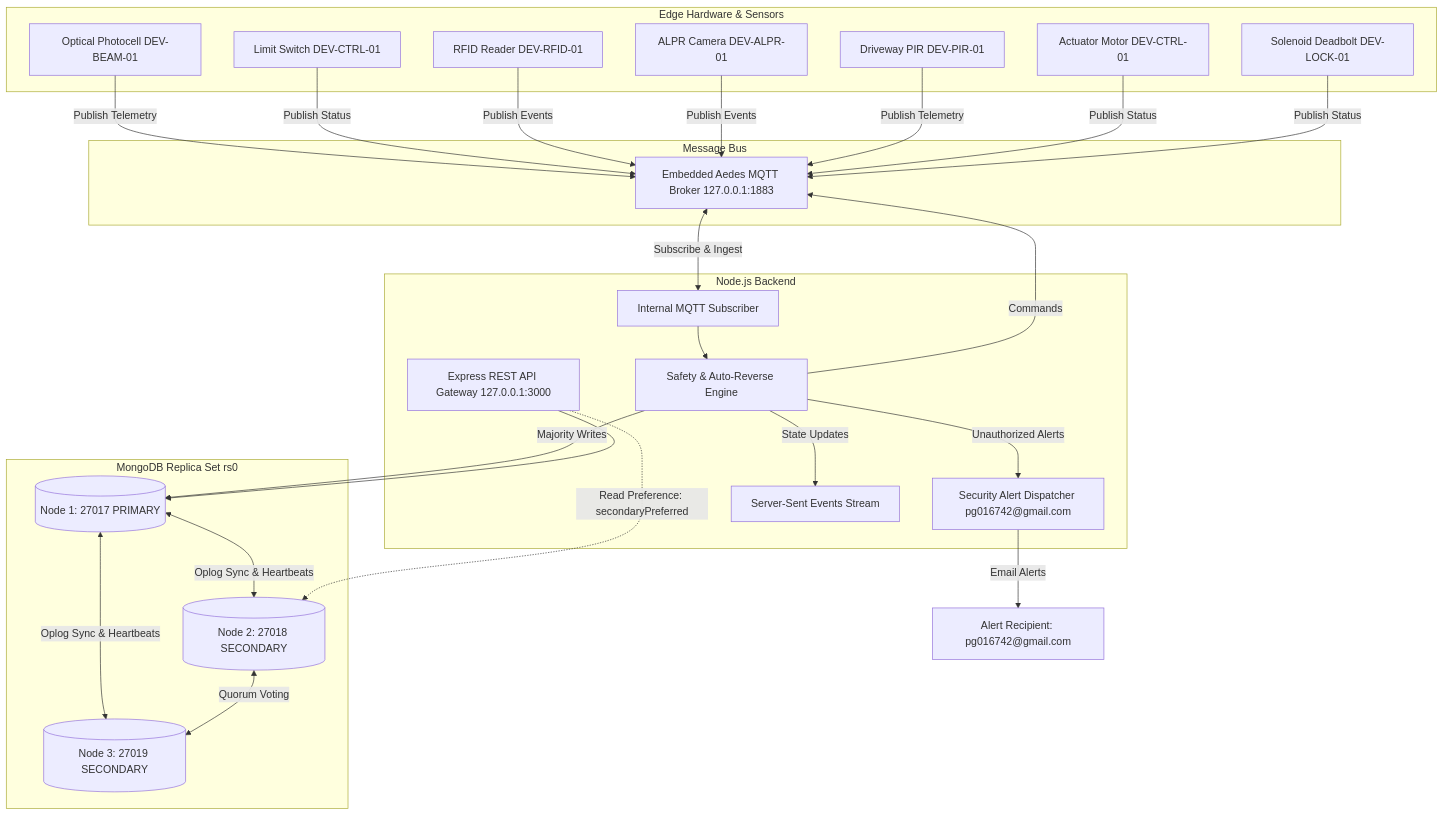
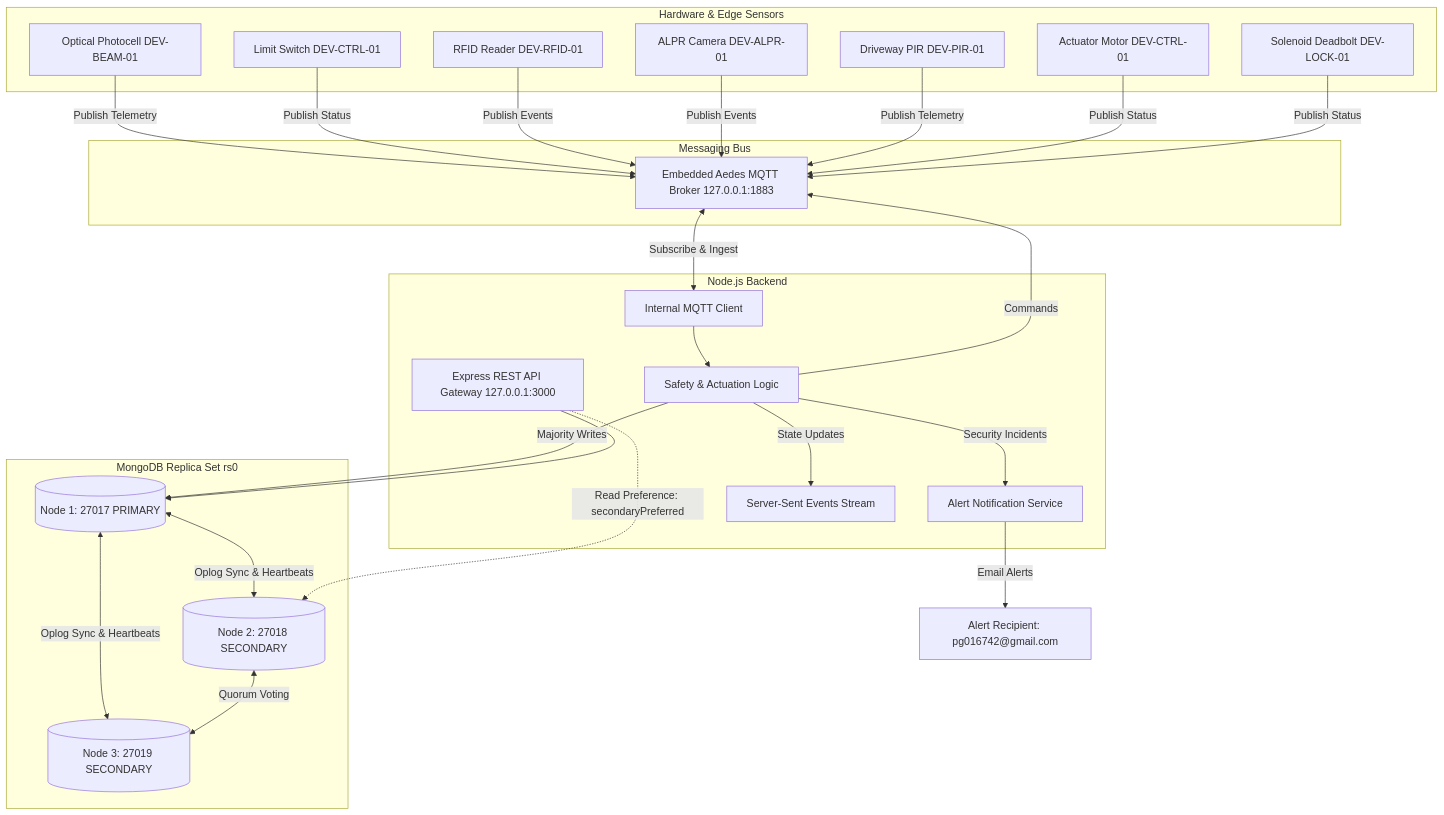
Before and after one commit to pramodgiri2468/modern_data_store: the first of 2 diagrams in README.md, drawn with Mermaid. The commit also changed other lines of this file and 31 other files, not shown here.

````diff
--- a/README.md
+++ b/README.md
@@ -54,52 +55,52 @@
 ```mermaid
 graph TD
-    subgraph Edge Hardware & Sensors
+    subgraph Hardware & Edge Sensors
         PHOTO[Optical Photocell DEV-BEAM-01]
         LIMIT[Limit Switch DEV-CTRL-01]
         RFID[RFID Reader DEV-RFID-01]
         ALPR[ALPR Camera DEV-ALPR-01]
         PIR[Driveway PIR DEV-PIR-01]
         MOTOR[Actuator Motor DEV-CTRL-01]
         LOCK[Solenoid Deadbolt DEV-LOCK-01]
     end
 
-    subgraph Message Bus
+    subgraph Messaging Bus
         Broker[Embedded Aedes MQTT Broker 127.0.0.1:1883]
     end
 
     subgraph Node.js Backend
-        MQTTClient[Internal MQTT Subscriber]
-        SafetyEngine[Safety & Auto-Reverse Engine]
-        EmailService[Security Alert Dispatcher pg016742@gmail.com]
+        MQTTClient[Internal MQTT Client]
+        SafetyEngine[Safety & Actuation Logic]
+        EmailService[Alert Notification Service]
         ExpressAPI[Express REST API Gateway 127.0.0.1:3000]
         SSE[Server-Sent Events Stream]
     end
 
     subgraph MongoDB Replica Set rs0
         M1[(Node 1: 27017 PRIMARY)]
         M2[(Node 2: 27018 SECONDARY)]
         M3[(Node 3: 27019 SECONDARY)]
         M1 <-->|Oplog Sync & Heartbeats| M2
         M1 <-->|Oplog Sync & Heartbeats| M3
         M2 <-->|Quorum Voting| M3
     end
 
     PHOTO -->|Publish Telemetry| Broker
     LIMIT -->|Publish Status| Broker
     RFID -->|Publish Events| Broker
     ALPR -->|Publish Events| Broker
     PIR -->|Publish Telemetry| Broker
     MOTOR -->|Publish Status| Broker
     LOCK -->|Publish Status| Broker
 
     Broker <-->|Subscribe & Ingest| MQTTClient
     MQTTClient --> SafetyEngine
     SafetyEngine -->|State Updates| SSE
     SafetyEngine -->|Majority Writes| M1
     SafetyEngine -->|Commands| Broker
-    SafetyEngine -->|Unauthorized Alerts| EmailService
+    SafetyEngine -->|Security Incidents| EmailService
     EmailService -->|Email Alerts| Recipient[Alert Recipient: pg016742@gmail.com]
 
     ExpressAPI --> M1
     ExpressAPI -.->|Read Preference: secondaryPreferred| M2
 ```
````
